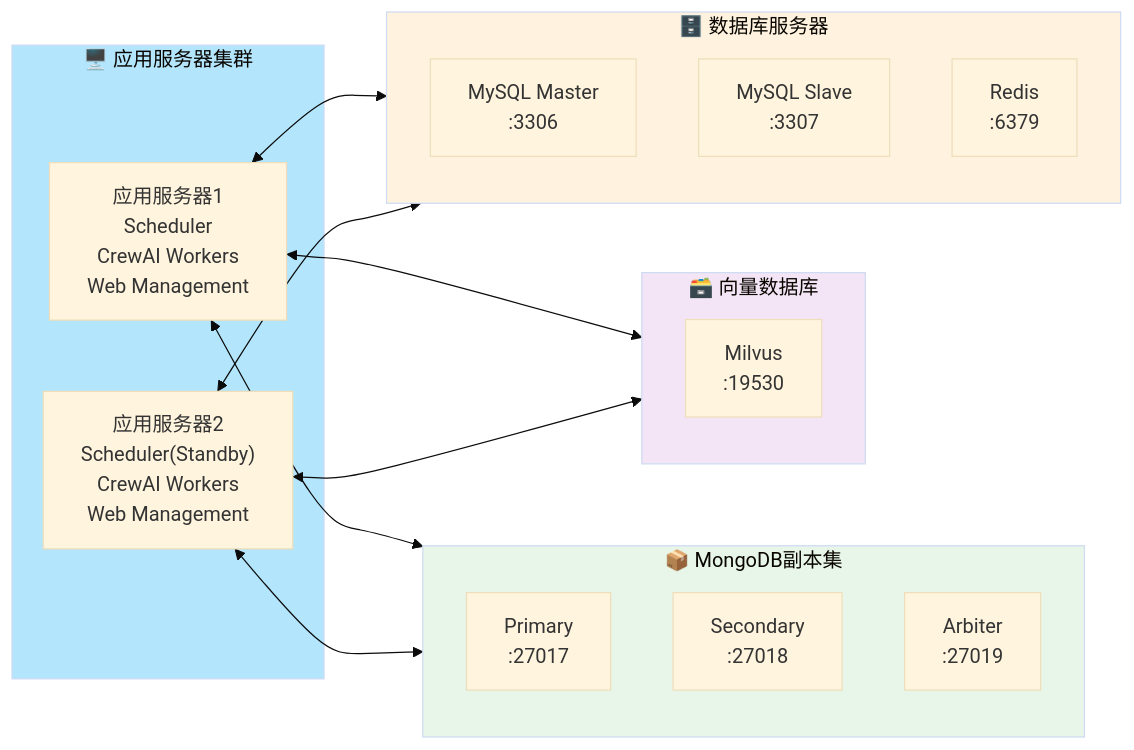
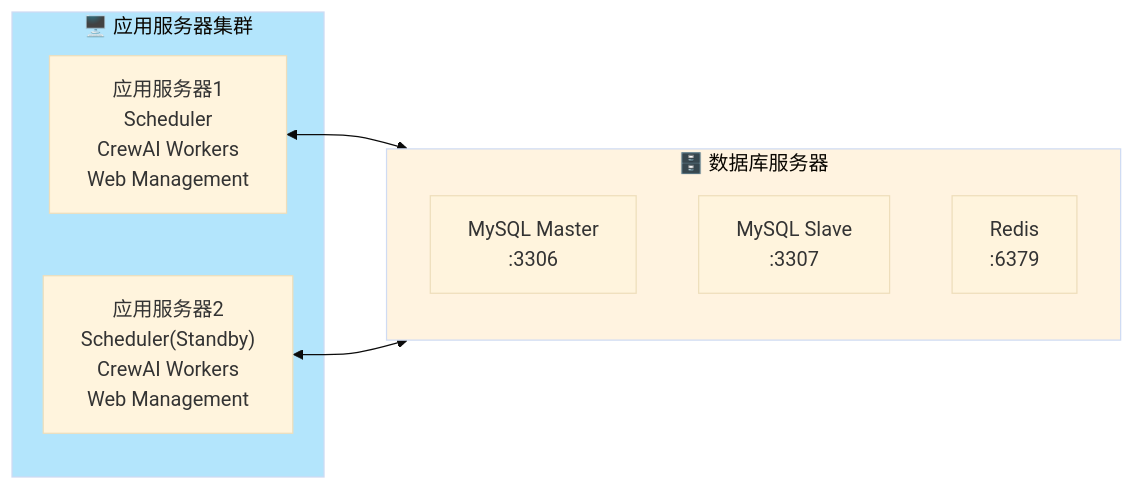
One commit to flyingsnowzz/Multi-Agent-Automatic-Operation-Website changed the third of 3 diagrams in 05-部署方案.md. Above: the diagram before and after it, drawn with Mermaid (base theme). The commit also changed other lines of this file and 15 other files, not shown here.

````diff
--- a/05-部署方案.md
+++ b/05-部署方案.md
@@ -88,30 +84,18 @@
 ```mermaid
 flowchart LR
     subgraph APP_SERVERS["🖥️ 应用服务器集群"]
         S1["应用服务器1\nScheduler\nCrewAI Workers\nWeb Management"]
         S2["应用服务器2\nScheduler(Standby)\nCrewAI Workers\nWeb Management"]
     end
 
     subgraph DB_SERVERS["🗄️ 数据库服务器"]
         MYSQL_M["MySQL Master\n:3306"]
         MYSQL_S["MySQL Slave\n:3307"]
         REDIS_S["Redis\n:6379"]
     end
 
-    subgraph VECTOR_SERVER["🗃️ 向量数据库"]
-        MILVUS["Milvus\n:19530"]
-    end
-
-    subgraph MONGO_RS["📦 MongoDB副本集"]
-        MP["Primary\n:27017"]
-        MS["Secondary\n:27018"]
-        MA["Arbiter\n:27019"]
-    end
-
-    S1 & S2 <--> DB_SERVERS & VECTOR_SERVER & MONGO_RS
+    S1 & S2 <--> DB_SERVERS
 
     style APP_SERVERS fill:#b3e5fc
     style DB_SERVERS fill:#fff3e0
-    style VECTOR_SERVER fill:#f3e5f5
-    style MONGO_RS fill:#e8f5e9
 ```
````
